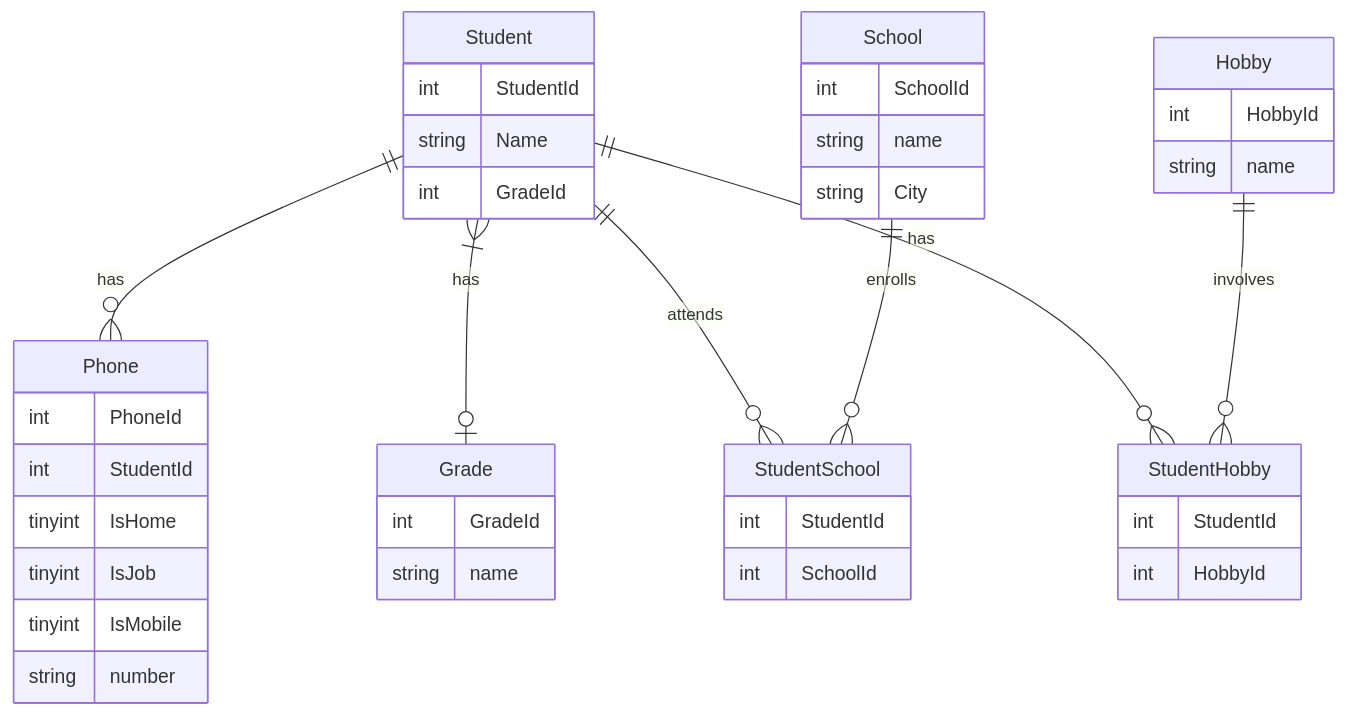
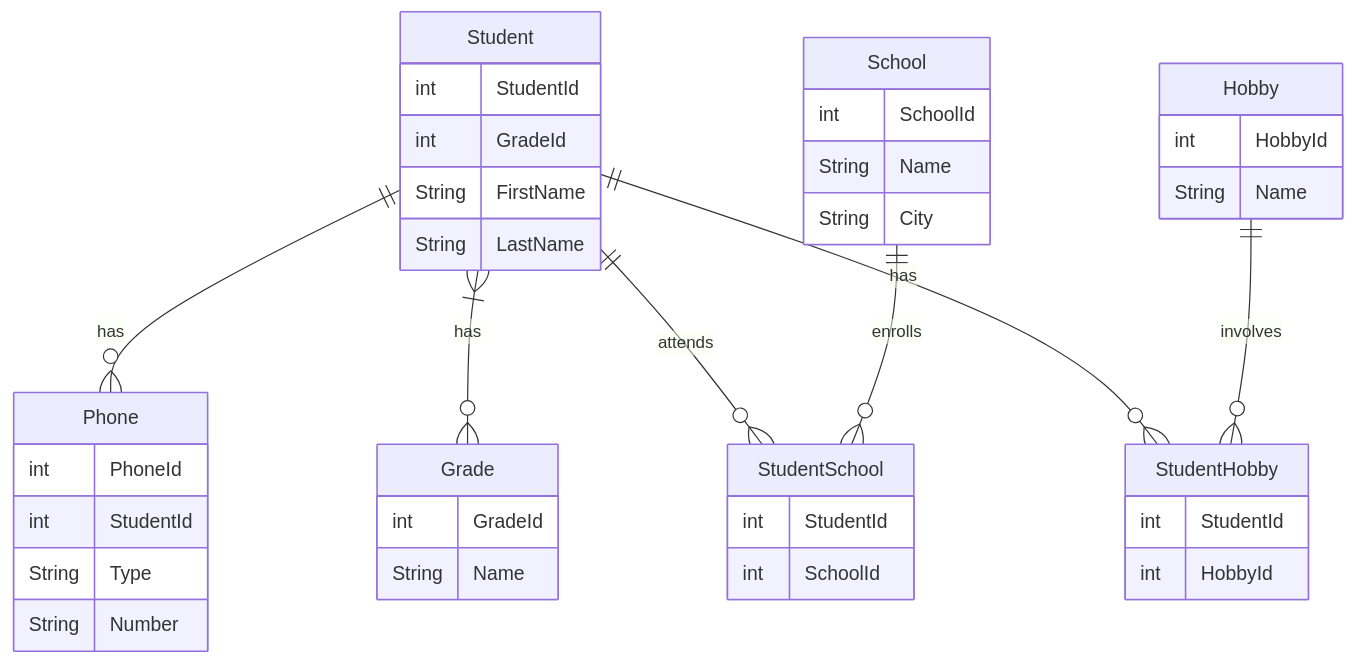
Before and after one commit to Cederlid/db2022: the diagram in README.md, drawn with Mermaid.

Commit message:
Adding er-diagram

````diff
--- a/README.md
+++ b/README.md
@@ -10,52 +10,52 @@
 ```mermaid
 
 erDiagram
+
     Student ||--o{ Phone : has
-    Student }|--o| Grade : has
+    Student }|--o{ Grade : has
     Student ||--o{ StudentSchool : attends
     School ||--o{ StudentSchool : enrolls
     Student ||--o{ StudentHobby : has
     Hobby ||--o{ StudentHobby : involves
-    
-    
-    Student {
+
+    Student{
         int StudentId
-        string Name
         int GradeId
+        String FirstName 
+        String LastName
     }
-    
-    Phone {
+
+    School{
+        int SchoolId
+        String Name
+        String City
+    }
+
+    Hobby{
+        int HobbyId
+        String Name
+    }
+
+    Phone{
         int PhoneId
         int StudentId
-        tinyint IsHome 
-        tinyint IsJob
-        tinyint IsMobile
-        string number
+        String Type
+        String Number
     }
-    
-    School {
-        int SchoolId
-        string name
-        string City
+
+    Grade{
+        int GradeId
+        String Name
     }
-    
-    StudentSchool {
+
+    StudentSchool{
         int StudentId
         int SchoolId
     }
-    
-    Hobby {
-        int HobbyId
-        string name
-    }
-    StudentHobby {
+
+    StudentHobby{
         int StudentId
         int HobbyId
-    }
-    
-    Grade {
-        int GradeId
-        string name
-    }
-    
+    } 
+   
 ```
````
